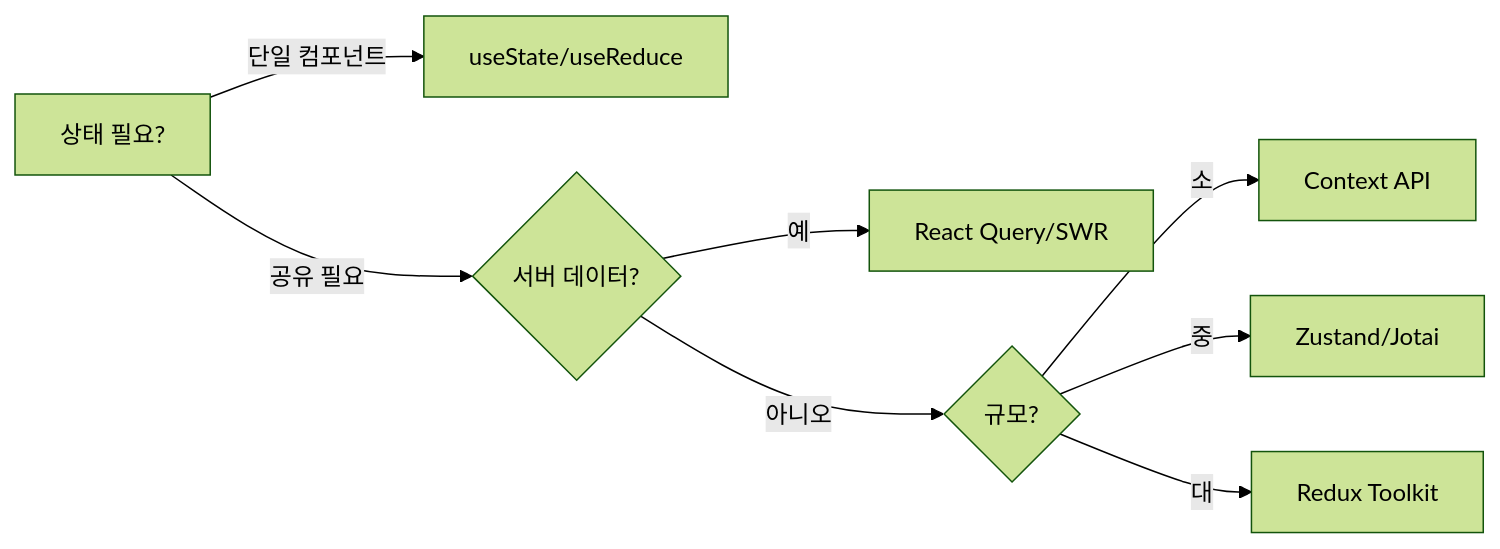
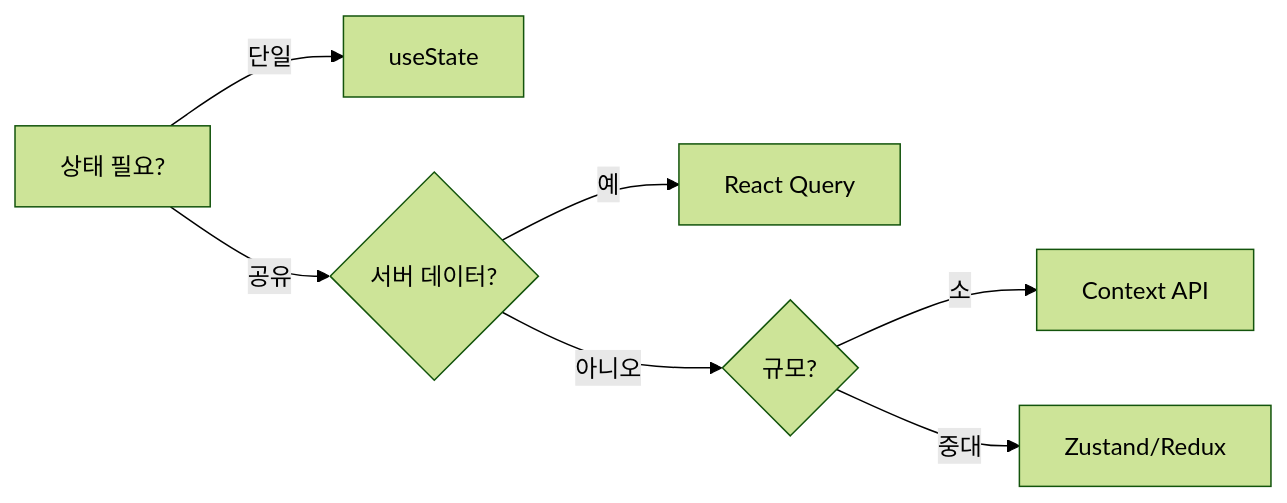
Before and after one commit to yjkim2015/yjkim2015.github.io: the fifth of 5 diagrams in _posts/frontend/2026-05-02-react-state-management.md, drawn with Mermaid (forest theme). The commit also changed other lines of this file and 245 other files, not shown here.

First line of the commit message:
Mermaid 다이어그램 전면 수정 + 면접 포인트 접기/펼치기 + DB 데드락 페이지

````diff
--- a/_posts/frontend/2026-05-02-react-state-management.md
+++ b/_posts/frontend/2026-05-02-react-state-management.md
@@ -360,10 +360,9 @@
 ```mermaid
 flowchart LR
-    A["상태 필요?"] -->|"단일 컴포넌트"| C["useState/useReduce"]
-    A -->|"공유 필요"| D{"서버 데이터?"}
-    D -->|"예"| E["React Query/SWR"]
+    A["상태 필요?"] -->|"단일"| C["useState"]
+    A -->|"공유"| D{"서버 데이터?"}
+    D -->|"예"| E["React Query"]
     D -->|"아니오"| F{"규모?"}
     F -->|"소"| G["Context API"]
-    F -->|"중"| H["Zustand/Jotai"]
-    F -->|"대"| I["Redux Toolkit"]
+    F -->|"중대"| H["Zustand/Redux"]
 ```
````
